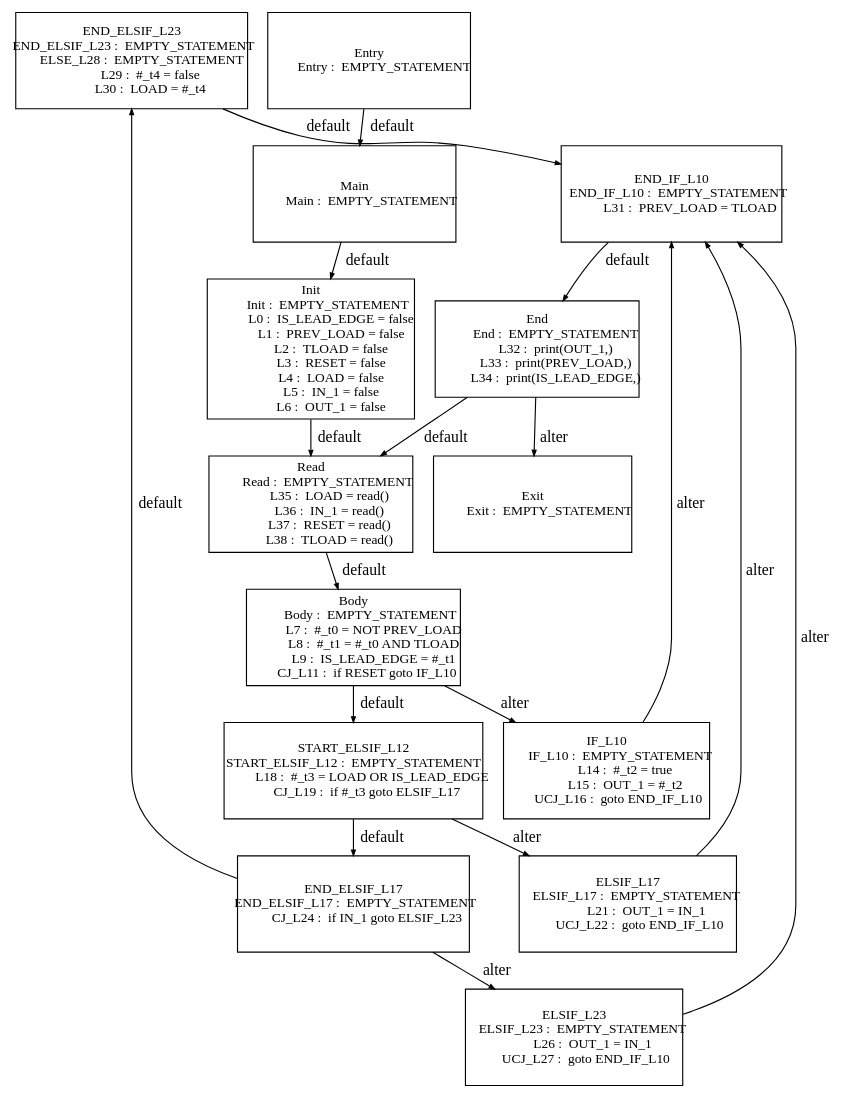
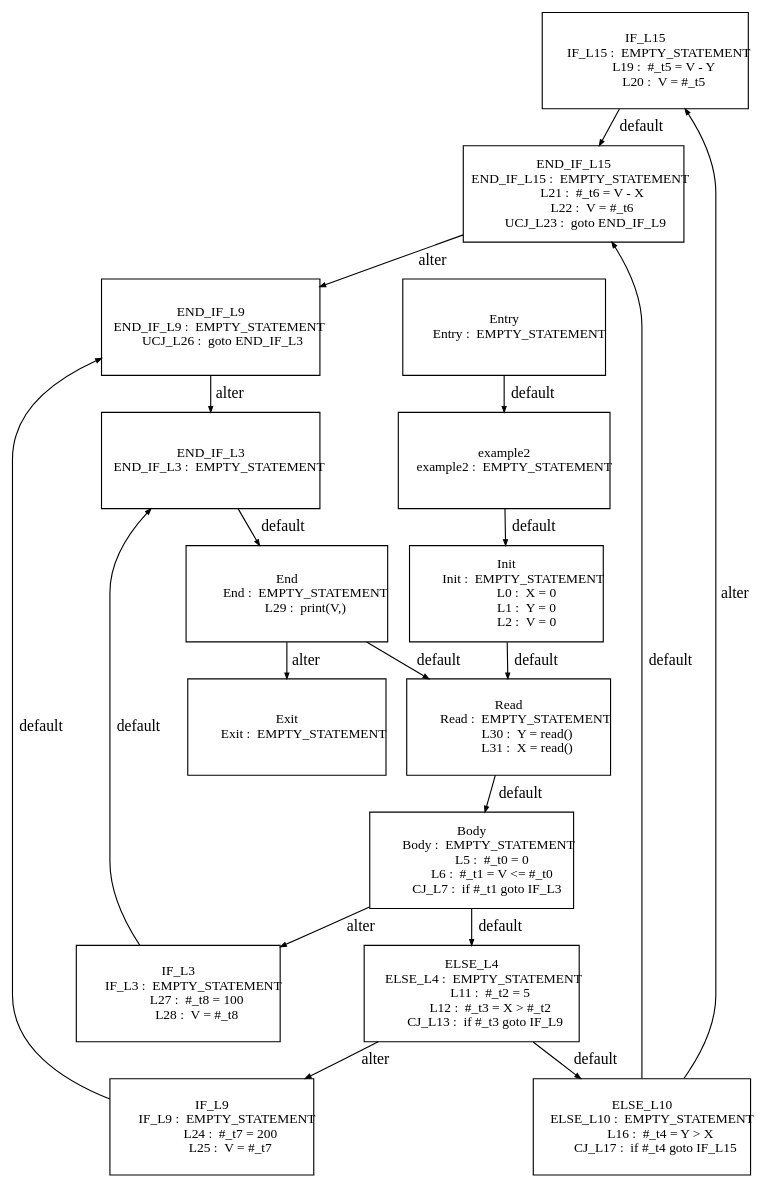
Before and after one commit to Geoffrey1014/ST_DSE: the diagram in tests_programs/paper1_tests/example2_output/Graph_example2_CSE_0.dot, drawn with Graphviz. The commit also changed 117 other files, not shown here.

```diff
--- a/tests_programs/paper1_tests/example2_output/Graph_example2_CSE_0.dot
+++ b/tests_programs/paper1_tests/example2_output/Graph_example2_CSE_0.dot
@@ -3,231 +3,212 @@
   edge [arrowsize=.5]
   node [shape=rectangle, fontname="ArialNarrow",
         fontsize=12,  height=1.2];
-  "END_ELSIF_L23
-  END_ELSIF_L23 :  EMPTY_STATEMENT
-       ELSE_L28 :  EMPTY_STATEMENT
-            L29 :  #_t4 = false
-            L30 :  LOAD = #_t4
+  "IF_L15
+         IF_L15 :  EMPTY_STATEMENT
+            L19 :  #_t5 = V - Y
+            L20 :  V = #_t5
+"; "IF_L9
+          IF_L9 :  EMPTY_STATEMENT
+            L24 :  #_t7 = 200
+            L25 :  V = #_t7
+"; "END_IF_L9
+      END_IF_L9 :  EMPTY_STATEMENT
+        UCJ_L26 :  goto END_IF_L3
+"; "ELSE_L10
+       ELSE_L10 :  EMPTY_STATEMENT
+            L16 :  #_t4 = Y > X
+         CJ_L17 :  if #_t4 goto IF_L15
+"; "END_IF_L3
+      END_IF_L3 :  EMPTY_STATEMENT
+"; "IF_L3
+          IF_L3 :  EMPTY_STATEMENT
+            L27 :  #_t8 = 100
+            L28 :  V = #_t8
+"; "Exit
+           Exit :  EMPTY_STATEMENT
 "; "Read
            Read :  EMPTY_STATEMENT
-            L35 :  LOAD = read()
-            L36 :  IN_1 = read()
-            L37 :  RESET = read()
-            L38 :  TLOAD = read()
-"; "ELSIF_L23
-      ELSIF_L23 :  EMPTY_STATEMENT
-            L26 :  OUT_1 = IN_1
-        UCJ_L27 :  goto END_IF_L10
+            L30 :  Y = read()
+            L31 :  X = read()
 "; "Init
            Init :  EMPTY_STATEMENT
-             L0 :  IS_LEAD_EDGE = false
-             L1 :  PREV_LOAD = false
-             L2 :  TLOAD = false
-             L3 :  RESET = false
-             L4 :  LOAD = false
-             L5 :  IN_1 = false
-             L6 :  OUT_1 = false
-"; "ELSIF_L17
-      ELSIF_L17 :  EMPTY_STATEMENT
-            L21 :  OUT_1 = IN_1
-        UCJ_L22 :  goto END_IF_L10
+             L0 :  X = 0
+             L1 :  Y = 0
+             L2 :  V = 0
+"; "Entry
+          Entry :  EMPTY_STATEMENT
+"; "Body
+           Body :  EMPTY_STATEMENT
+             L5 :  #_t0 = 0
+             L6 :  #_t1 = V <= #_t0
+          CJ_L7 :  if #_t1 goto IF_L3
+"; "ELSE_L4
+        ELSE_L4 :  EMPTY_STATEMENT
+            L11 :  #_t2 = 5
+            L12 :  #_t3 = X > #_t2
+         CJ_L13 :  if #_t3 goto IF_L9
+"; "example2
+       example2 :  EMPTY_STATEMENT
+"; "END_IF_L15
+     END_IF_L15 :  EMPTY_STATEMENT
+            L21 :  #_t6 = V - X
+            L22 :  V = #_t6
+        UCJ_L23 :  goto END_IF_L9
 "; "End
             End :  EMPTY_STATEMENT
-            L32 :  print(OUT_1,)
-            L33 :  print(PREV_LOAD,)
-            L34 :  print(IS_LEAD_EDGE,)
-"; "Exit
-           Exit :  EMPTY_STATEMENT
-"; "Main
-           Main :  EMPTY_STATEMENT
-"; "END_ELSIF_L17
-  END_ELSIF_L17 :  EMPTY_STATEMENT
-         CJ_L24 :  if IN_1 goto ELSIF_L23
-"; "END_IF_L10
-     END_IF_L10 :  EMPTY_STATEMENT
-            L31 :  PREV_LOAD = TLOAD
-"; "Body
-           Body :  EMPTY_STATEMENT
-             L7 :  #_t0 = NOT PREV_LOAD
-             L8 :  #_t1 = #_t0 AND TLOAD
-             L9 :  IS_LEAD_EDGE = #_t1
-         CJ_L11 :  if RESET goto IF_L10
-"; "IF_L10
-         IF_L10 :  EMPTY_STATEMENT
-            L14 :  #_t2 = true
-            L15 :  OUT_1 = #_t2
-        UCJ_L16 :  goto END_IF_L10
-"; "Entry
-          Entry :  EMPTY_STATEMENT
-"; "START_ELSIF_L12
-START_ELSIF_L12 :  EMPTY_STATEMENT
-            L18 :  #_t3 = LOAD OR IS_LEAD_EDGE
-         CJ_L19 :  if #_t3 goto ELSIF_L17
+            L29 :  print(V,)
 "; 
-  "Main
-           Main :  EMPTY_STATEMENT
+  "example2
+       example2 :  EMPTY_STATEMENT
 " -> "Init
            Init :  EMPTY_STATEMENT
-             L0 :  IS_LEAD_EDGE = false
-             L1 :  PREV_LOAD = false
-             L2 :  TLOAD = false
-             L3 :  RESET = false
-             L4 :  LOAD = false
-             L5 :  IN_1 = false
-             L6 :  OUT_1 = false
+             L0 :  X = 0
+             L1 :  Y = 0
+             L2 :  V = 0
 "  [label="default"];
   "Init
            Init :  EMPTY_STATEMENT
-             L0 :  IS_LEAD_EDGE = false
-             L1 :  PREV_LOAD = false
-             L2 :  TLOAD = false
-             L3 :  RESET = false
-             L4 :  LOAD = false
-             L5 :  IN_1 = false
-             L6 :  OUT_1 = false
+             L0 :  X = 0
+             L1 :  Y = 0
+             L2 :  V = 0
 " -> "Read
            Read :  EMPTY_STATEMENT
-            L35 :  LOAD = read()
-            L36 :  IN_1 = read()
-            L37 :  RESET = read()
-            L38 :  TLOAD = read()
+            L30 :  Y = read()
+            L31 :  X = read()
 "  [label="default"];
   "Body
            Body :  EMPTY_STATEMENT
-             L7 :  #_t0 = NOT PREV_LOAD
-             L8 :  #_t1 = #_t0 AND TLOAD
-             L9 :  IS_LEAD_EDGE = #_t1
-         CJ_L11 :  if RESET goto IF_L10
-" -> "START_ELSIF_L12
-START_ELSIF_L12 :  EMPTY_STATEMENT
-            L18 :  #_t3 = LOAD OR IS_LEAD_EDGE
-         CJ_L19 :  if #_t3 goto ELSIF_L17
+             L5 :  #_t0 = 0
+             L6 :  #_t1 = V <= #_t0
+          CJ_L7 :  if #_t1 goto IF_L3
+" -> "ELSE_L4
+        ELSE_L4 :  EMPTY_STATEMENT
+            L11 :  #_t2 = 5
+            L12 :  #_t3 = X > #_t2
+         CJ_L13 :  if #_t3 goto IF_L9
 "  [label="default"];
   "Body
            Body :  EMPTY_STATEMENT
-             L7 :  #_t0 = NOT PREV_LOAD
-             L8 :  #_t1 = #_t0 AND TLOAD
-             L9 :  IS_LEAD_EDGE = #_t1
-         CJ_L11 :  if RESET goto IF_L10
-" -> "IF_L10
-         IF_L10 :  EMPTY_STATEMENT
-            L14 :  #_t2 = true
-            L15 :  OUT_1 = #_t2
-        UCJ_L16 :  goto END_IF_L10
+             L5 :  #_t0 = 0
+             L6 :  #_t1 = V <= #_t0
+          CJ_L7 :  if #_t1 goto IF_L3
+" -> "IF_L3
+          IF_L3 :  EMPTY_STATEMENT
+            L27 :  #_t8 = 100
+            L28 :  V = #_t8
 "  [label="alter"];
-  "IF_L10
-         IF_L10 :  EMPTY_STATEMENT
-            L14 :  #_t2 = true
-            L15 :  OUT_1 = #_t2
-        UCJ_L16 :  goto END_IF_L10
-" -> "END_IF_L10
-     END_IF_L10 :  EMPTY_STATEMENT
-            L31 :  PREV_LOAD = TLOAD
+  "ELSE_L4
+        ELSE_L4 :  EMPTY_STATEMENT
+            L11 :  #_t2 = 5
+            L12 :  #_t3 = X > #_t2
+         CJ_L13 :  if #_t3 goto IF_L9
+" -> "ELSE_L10
+       ELSE_L10 :  EMPTY_STATEMENT
+            L16 :  #_t4 = Y > X
+         CJ_L17 :  if #_t4 goto IF_L15
+"  [label="default"];
+  "ELSE_L4
+        ELSE_L4 :  EMPTY_STATEMENT
+            L11 :  #_t2 = 5
+            L12 :  #_t3 = X > #_t2
+         CJ_L13 :  if #_t3 goto IF_L9
+" -> "IF_L9
+          IF_L9 :  EMPTY_STATEMENT
+            L24 :  #_t7 = 200
+            L25 :  V = #_t7
 "  [label="alter"];
-  "START_ELSIF_L12
-START_ELSIF_L12 :  EMPTY_STATEMENT
-            L18 :  #_t3 = LOAD OR IS_LEAD_EDGE
-         CJ_L19 :  if #_t3 goto ELSIF_L17
-" -> "END_ELSIF_L17
-  END_ELSIF_L17 :  EMPTY_STATEMENT
-         CJ_L24 :  if IN_1 goto ELSIF_L23
+  "ELSE_L10
+       ELSE_L10 :  EMPTY_STATEMENT
+            L16 :  #_t4 = Y > X
+         CJ_L17 :  if #_t4 goto IF_L15
+" -> "END_IF_L15
+     END_IF_L15 :  EMPTY_STATEMENT
+            L21 :  #_t6 = V - X
+            L22 :  V = #_t6
+        UCJ_L23 :  goto END_IF_L9
 "  [label="default"];
-  "START_ELSIF_L12
-START_ELSIF_L12 :  EMPTY_STATEMENT
-            L18 :  #_t3 = LOAD OR IS_LEAD_EDGE
-         CJ_L19 :  if #_t3 goto ELSIF_L17
-" -> "ELSIF_L17
-      ELSIF_L17 :  EMPTY_STATEMENT
-            L21 :  OUT_1 = IN_1
-        UCJ_L22 :  goto END_IF_L10
+  "ELSE_L10
+       ELSE_L10 :  EMPTY_STATEMENT
+            L16 :  #_t4 = Y > X
+         CJ_L17 :  if #_t4 goto IF_L15
+" -> "IF_L15
+         IF_L15 :  EMPTY_STATEMENT
+            L19 :  #_t5 = V - Y
+            L20 :  V = #_t5
 "  [label="alter"];
-  "ELSIF_L17
-      ELSIF_L17 :  EMPTY_STATEMENT
-            L21 :  OUT_1 = IN_1
-        UCJ_L22 :  goto END_IF_L10
-" -> "END_IF_L10
-     END_IF_L10 :  EMPTY_STATEMENT
-            L31 :  PREV_LOAD = TLOAD
+  "IF_L15
+         IF_L15 :  EMPTY_STATEMENT
+            L19 :  #_t5 = V - Y
+            L20 :  V = #_t5
+" -> "END_IF_L15
+     END_IF_L15 :  EMPTY_STATEMENT
+            L21 :  #_t6 = V - X
+            L22 :  V = #_t6
+        UCJ_L23 :  goto END_IF_L9
+"  [label="default"];
+  "END_IF_L15
+     END_IF_L15 :  EMPTY_STATEMENT
+            L21 :  #_t6 = V - X
+            L22 :  V = #_t6
+        UCJ_L23 :  goto END_IF_L9
+" -> "END_IF_L9
+      END_IF_L9 :  EMPTY_STATEMENT
+        UCJ_L26 :  goto END_IF_L3
 "  [label="alter"];
-  "END_ELSIF_L17
-  END_ELSIF_L17 :  EMPTY_STATEMENT
-         CJ_L24 :  if IN_1 goto ELSIF_L23
-" -> "END_ELSIF_L23
-  END_ELSIF_L23 :  EMPTY_STATEMENT
-       ELSE_L28 :  EMPTY_STATEMENT
-            L29 :  #_t4 = false
-            L30 :  LOAD = #_t4
+  "IF_L9
+          IF_L9 :  EMPTY_STATEMENT
+            L24 :  #_t7 = 200
+            L25 :  V = #_t7
+" -> "END_IF_L9
+      END_IF_L9 :  EMPTY_STATEMENT
+        UCJ_L26 :  goto END_IF_L3
 "  [label="default"];
-  "END_ELSIF_L17
-  END_ELSIF_L17 :  EMPTY_STATEMENT
-         CJ_L24 :  if IN_1 goto ELSIF_L23
-" -> "ELSIF_L23
-      ELSIF_L23 :  EMPTY_STATEMENT
-            L26 :  OUT_1 = IN_1
-        UCJ_L27 :  goto END_IF_L10
+  "END_IF_L9
+      END_IF_L9 :  EMPTY_STATEMENT
+        UCJ_L26 :  goto END_IF_L3
+" -> "END_IF_L3
+      END_IF_L3 :  EMPTY_STATEMENT
 "  [label="alter"];
-  "ELSIF_L23
-      ELSIF_L23 :  EMPTY_STATEMENT
-            L26 :  OUT_1 = IN_1
-        UCJ_L27 :  goto END_IF_L10
-" -> "END_IF_L10
-     END_IF_L10 :  EMPTY_STATEMENT
-            L31 :  PREV_LOAD = TLOAD
-"  [label="alter"];
-  "END_ELSIF_L23
-  END_ELSIF_L23 :  EMPTY_STATEMENT
-       ELSE_L28 :  EMPTY_STATEMENT
-            L29 :  #_t4 = false
-            L30 :  LOAD = #_t4
-" -> "END_IF_L10
-     END_IF_L10 :  EMPTY_STATEMENT
-            L31 :  PREV_LOAD = TLOAD
+  "IF_L3
+          IF_L3 :  EMPTY_STATEMENT
+            L27 :  #_t8 = 100
+            L28 :  V = #_t8
+" -> "END_IF_L3
+      END_IF_L3 :  EMPTY_STATEMENT
 "  [label="default"];
-  "END_IF_L10
-     END_IF_L10 :  EMPTY_STATEMENT
-            L31 :  PREV_LOAD = TLOAD
+  "END_IF_L3
+      END_IF_L3 :  EMPTY_STATEMENT
 " -> "End
             End :  EMPTY_STATEMENT
-            L32 :  print(OUT_1,)
-            L33 :  print(PREV_LOAD,)
-            L34 :  print(IS_LEAD_EDGE,)
+            L29 :  print(V,)
 "  [label="default"];
   "Entry
           Entry :  EMPTY_STATEMENT
-" -> "Main
-           Main :  EMPTY_STATEMENT
+" -> "example2
+       example2 :  EMPTY_STATEMENT
 "  [label="default"];
   "End
             End :  EMPTY_STATEMENT
-            L32 :  print(OUT_1,)
-            L33 :  print(PREV_LOAD,)
-            L34 :  print(IS_LEAD_EDGE,)
+            L29 :  print(V,)
 " -> "Read
            Read :  EMPTY_STATEMENT
-            L35 :  LOAD = read()
-            L36 :  IN_1 = read()
-            L37 :  RESET = read()
-            L38 :  TLOAD = read()
+            L30 :  Y = read()
+            L31 :  X = read()
 "  [label="default"];
   "End
             End :  EMPTY_STATEMENT
-            L32 :  print(OUT_1,)
-            L33 :  print(PREV_LOAD,)
-            L34 :  print(IS_LEAD_EDGE,)
+            L29 :  print(V,)
 " -> "Exit
            Exit :  EMPTY_STATEMENT
 "  [label="alter"];
   "Read
            Read :  EMPTY_STATEMENT
-            L35 :  LOAD = read()
-            L36 :  IN_1 = read()
-            L37 :  RESET = read()
-            L38 :  TLOAD = read()
+            L30 :  Y = read()
+            L31 :  X = read()
 " -> "Body
            Body :  EMPTY_STATEMENT
-             L7 :  #_t0 = NOT PREV_LOAD
-             L8 :  #_t1 = #_t0 AND TLOAD
-             L9 :  IS_LEAD_EDGE = #_t1
-         CJ_L11 :  if RESET goto IF_L10
+             L5 :  #_t0 = 0
+             L6 :  #_t1 = V <= #_t0
+          CJ_L7 :  if #_t1 goto IF_L3
 "  [label="default"];
 }
```
